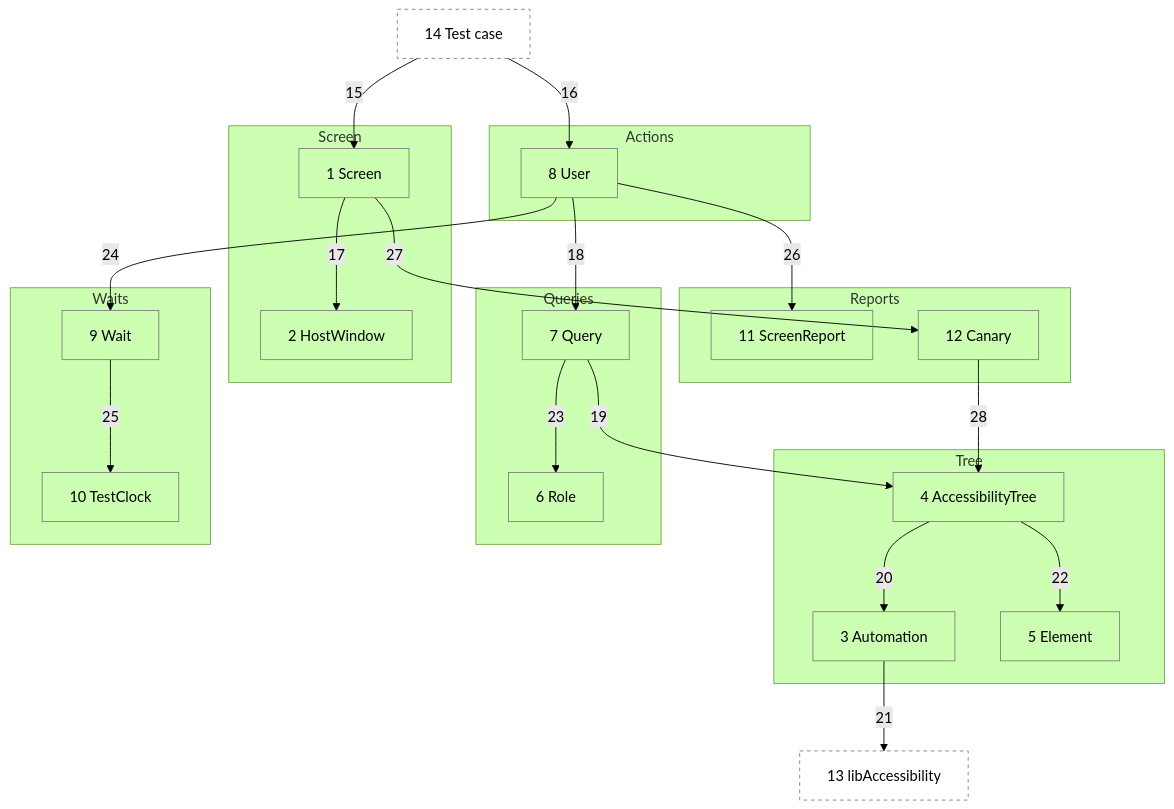
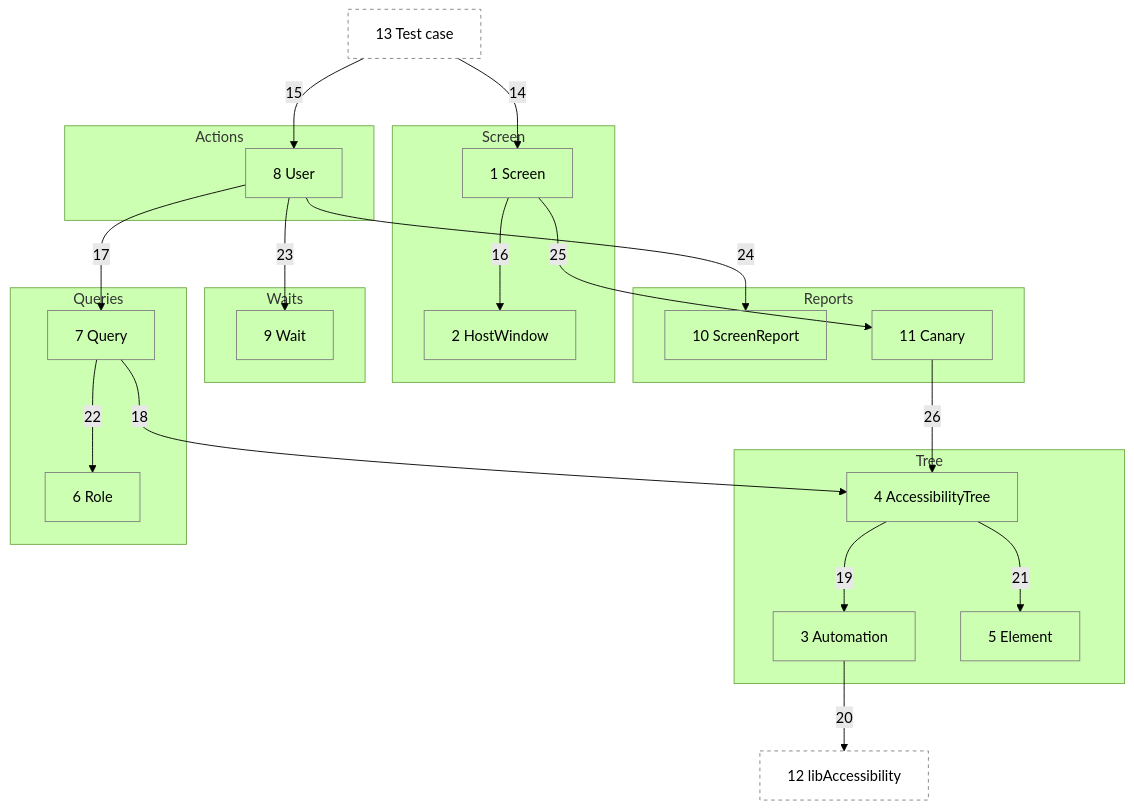
Before and after one commit to may-journal/apple-ui-testing-library: the diagram in docs/architecture/03-components.md, drawn with Mermaid (forest theme). The commit also changed other lines of this file and 4 other files, not shown here.

First line of the commit message:
docs(architecture): drop the test clock

````diff
--- a/docs/architecture/03-components.md
+++ b/docs/architecture/03-components.md
@@ -9,54 +9,52 @@
 ```mermaid
 flowchart TB
-    test["14 Test case"]:::outside
+    test["13 Test case"]:::outside
 
     subgraph screen["Screen"]
         scr["1 Screen"]:::part
         win["2 HostWindow"]:::part
     end
 
     subgraph tree["Tree"]
         auto["3 Automation"]:::part
         walk["4 AccessibilityTree"]:::part
         elem["5 Element"]:::part
     end
 
     subgraph queries["Queries"]
         role["6 Role"]:::part
         query["7 Query"]:::part
     end
 
     subgraph acts["Actions"]
         user["8 User"]:::part
     end
 
     subgraph waits["Waits"]
         wait["9 Wait"]:::part
-        clock["10 TestClock"]:::part
     end
 
     subgraph reports["Reports"]
-        report["11 ScreenReport"]:::part
-        canary["12 Canary"]:::part
+        report["10 ScreenReport"]:::part
+        canary["11 Canary"]:::part
     end
 
-    ax["13 libAccessibility"]:::outside
+    ax["12 libAccessibility"]:::outside
 
-    test -->|15| scr
-    test -->|16| user
-    scr -->|17| win
-    user -->|18| query
-    query -->|19| walk
-    walk -->|20| auto
-    auto -->|21| ax
-    walk -->|22| elem
-    query -->|23| role
-    user -->|24| wait
-    wait -->|25| clock
-    user -->|26| report
-    scr -->|27| canary
-    canary -->|28| walk
+    test -->|14| scr
+    test -->|15| user
+    scr -->|16| win
+    user -->|17| query
+    query -->|18| walk
+    walk -->|19| auto
+    auto -->|20| ax
+    walk -->|21| elem
+    query -->|22| role
+    user -->|23| wait
+    user -->|24| report
+    scr -->|25| canary
+    canary -->|26| walk
 
     classDef part fill:none,stroke:gray
     classDef outside fill:none,stroke:gray,stroke-dasharray:4
 ```
````
